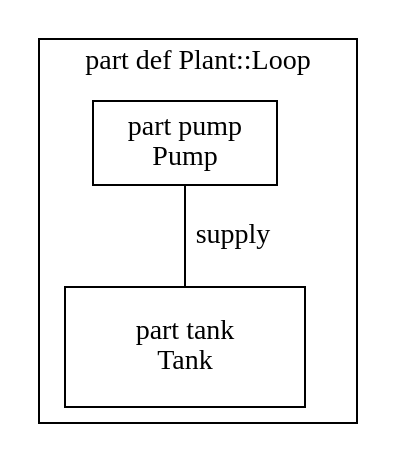
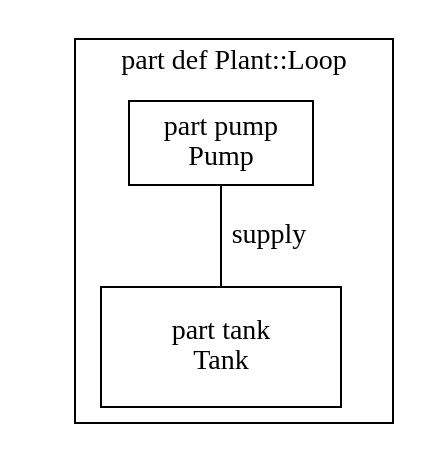
Before and after one commit to Open-MBEE/OpenSysML: the second of 2 diagrams in docs/project/view-rendering-forms.md, drawn with Graphviz. The commit also changed other lines of this file and 7 other files, not shown here.

````diff
--- a/docs/project/view-rendering-forms.md
+++ b/docs/project/view-rendering-forms.md
@@ -115,18 +115,20 @@
 ```dot
 // view: PlantViews::placedView
 // kind: interconnection
 // stated: render asInterconnectionDiagram
 // canvas: unit=px w=1200 h=800
 // layout: neato
 digraph "PlantViews::placedView" {
-  graph [inputscale=72, dpi=72, size="16.666666666666668,11.11111111111111"];
+  graph [inputscale=72, dpi=72];
   node [shape=box];
+  "canvas:0" [shape=point, style=invis, width=0, height=0, label="", pos="0,800!", pin=true];
+  "canvas:1" [shape=point, style=invis, width=0, height=0, label="", pos="1200,0!", pin=true];
   subgraph "cluster_n0" {
     label="part def Plant::Loop";
     "n0" [shape=point, style=invis, width=0, height=0, label=""];
     "n1" [label="part pump\nPump", pos="346,739!", pin=true, width=1.2777777777777777, height=0.5833333333333334, comment="collapsed"];
     "n2" [label="part tank\nTank", pos="560,730!", pin=true, width=1.6666666666666667, height=0.8333333333333334, fixedsize=true];
   }
   "n1" -> "n2" [label="supply", arrowhead=none, pos="400,730 400,730 450,680 450,680 450,680 500,730 500,730"];
 }
 ```
````
